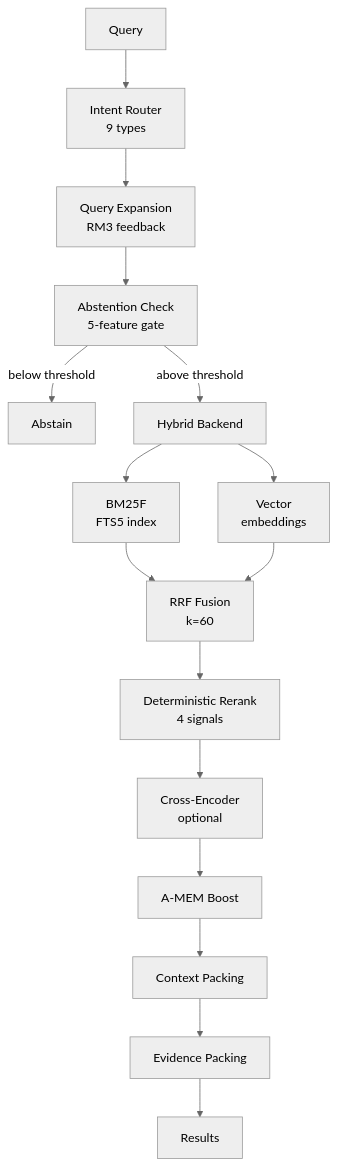
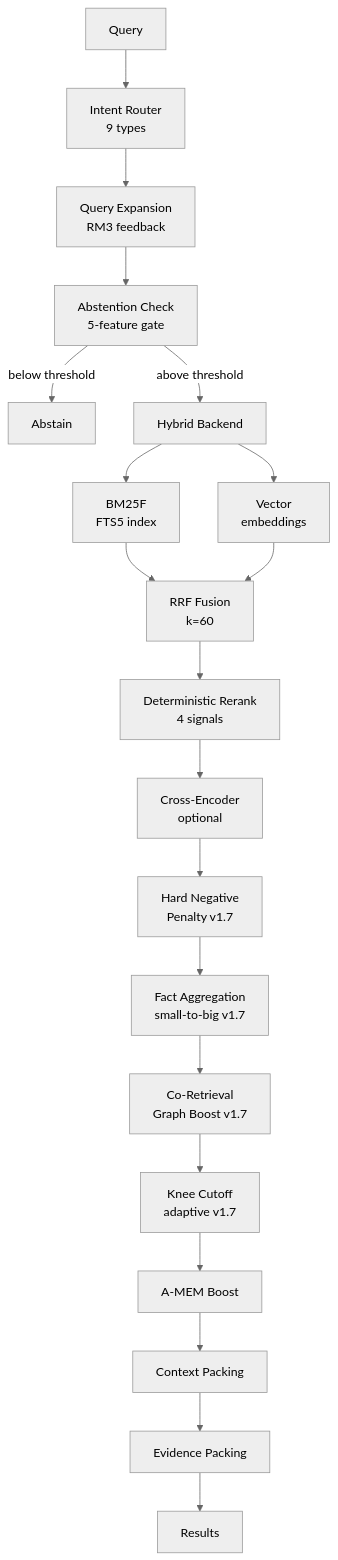
Before and after one commit to star-ga/mind-mem: the first of 3 diagrams in docs/architecture.md, drawn with Mermaid (neutral theme). The commit also changed other lines of this file and 3 other files, not shown here.

First line of the commit message:
Add SECURITY.md, performance metrics, update architecture docs to v1.7.0

````diff
--- a/docs/architecture.md
+++ b/docs/architecture.md
@@ -166,16 +193,20 @@
 ```mermaid
 flowchart TD
     Q[Query] --> IR[Intent Router<br/>9 types]
     IR --> QE[Query Expansion<br/>RM3 feedback]
     QE --> AC[Abstention Check<br/>5-feature gate]
     AC -->|below threshold| AB[Abstain]
     AC -->|above threshold| HB[Hybrid Backend]
     HB --> BM[BM25F<br/>FTS5 index] & VE[Vector<br/>embeddings]
     BM & VE --> RRF[RRF Fusion<br/>k=60]
     RRF --> RR[Deterministic Rerank<br/>4 signals]
     RR --> CE[Cross-Encoder<br/>optional]
-    CE --> AM[A-MEM Boost]
+    CE --> HN[Hard Negative<br/>Penalty v1.7]
+    HN --> FA[Fact Aggregation<br/>small-to-big v1.7]
+    FA --> CG[Co-Retrieval<br/>Graph Boost v1.7]
+    CG --> KC[Knee Cutoff<br/>adaptive v1.7]
+    KC --> AM[A-MEM Boost]
     AM --> CP[Context Packing]
     CP --> EP[Evidence Packing]
     EP --> R[Results]
 ```
````
